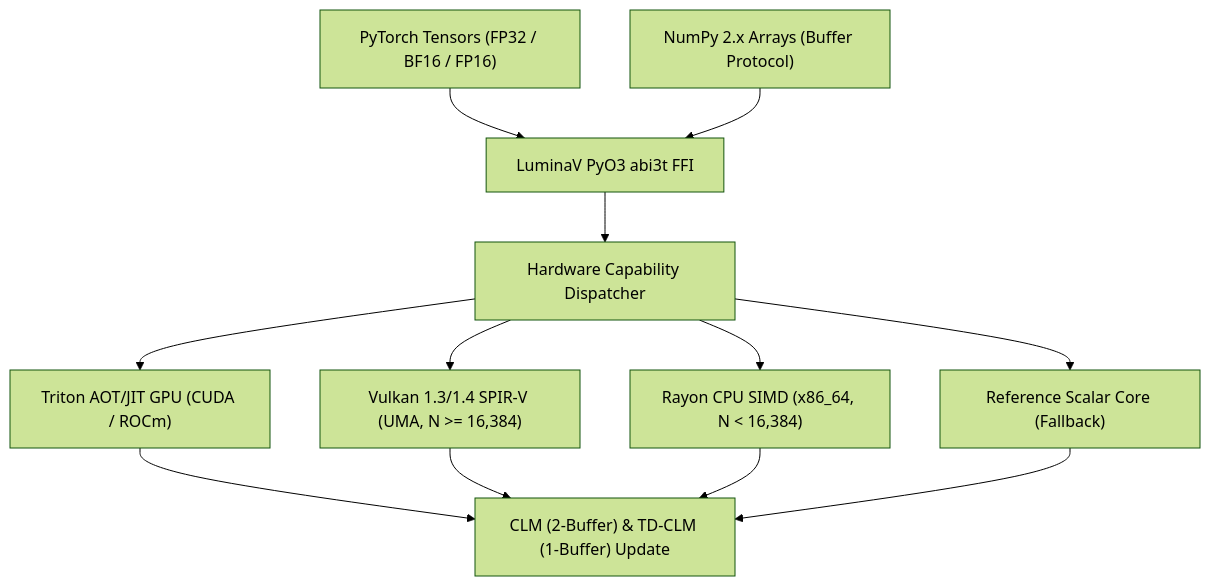
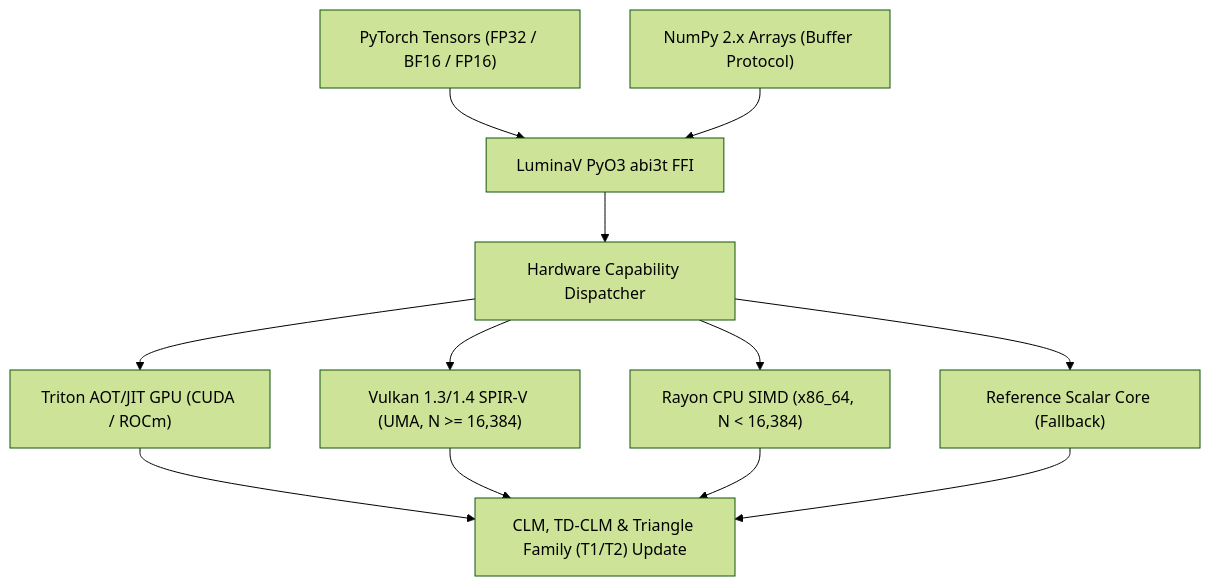
One commit to cloverx-id/luminamoon changed the diagram in optimizer/README.md. Above: the diagram before and after it, drawn with Mermaid (forest theme). The commit also changed 26 other files, not shown here.

````diff
--- a/optimizer/README.md
+++ b/optimizer/README.md
@@ -24,11 +24,11 @@
 ```mermaid
 flowchart TD
     PyTorch["PyTorch Tensors (FP32 / BF16 / FP16)"] --> FFI["LuminaV PyO3 abi3t FFI"]
     NumPy["NumPy 2.x Arrays (Buffer Protocol)"] --> FFI
     FFI --> Dispatcher["Hardware Capability Dispatcher"]
     Dispatcher --> Triton["Triton AOT/JIT GPU (CUDA / ROCm)"]
     Dispatcher --> Vulkan["Vulkan 1.3/1.4 SPIR-V (UMA, N >= 16,384)"]
     Dispatcher --> SIMD["Rayon CPU SIMD (x86_64, N < 16,384)"]
     Dispatcher --> Scalar["Reference Scalar Core (Fallback)"]
-    Triton & Vulkan & SIMD & Scalar --> Math["CLM (2-Buffer) & TD-CLM (1-Buffer) Update"]
+    Triton & Vulkan & SIMD & Scalar --> Math["CLM, TD-CLM & Triangle Family (T1/T2) Update"]
 ```
````
